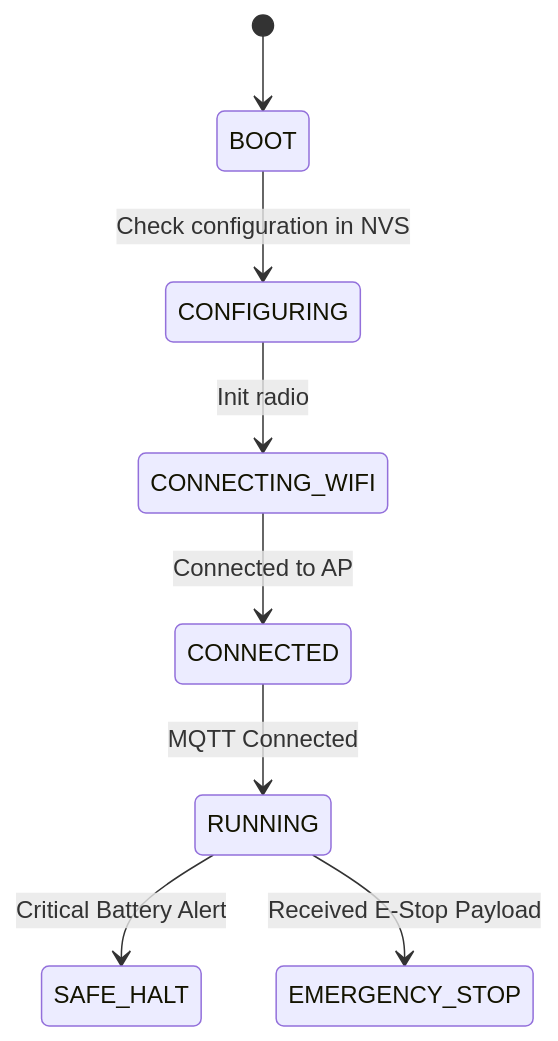
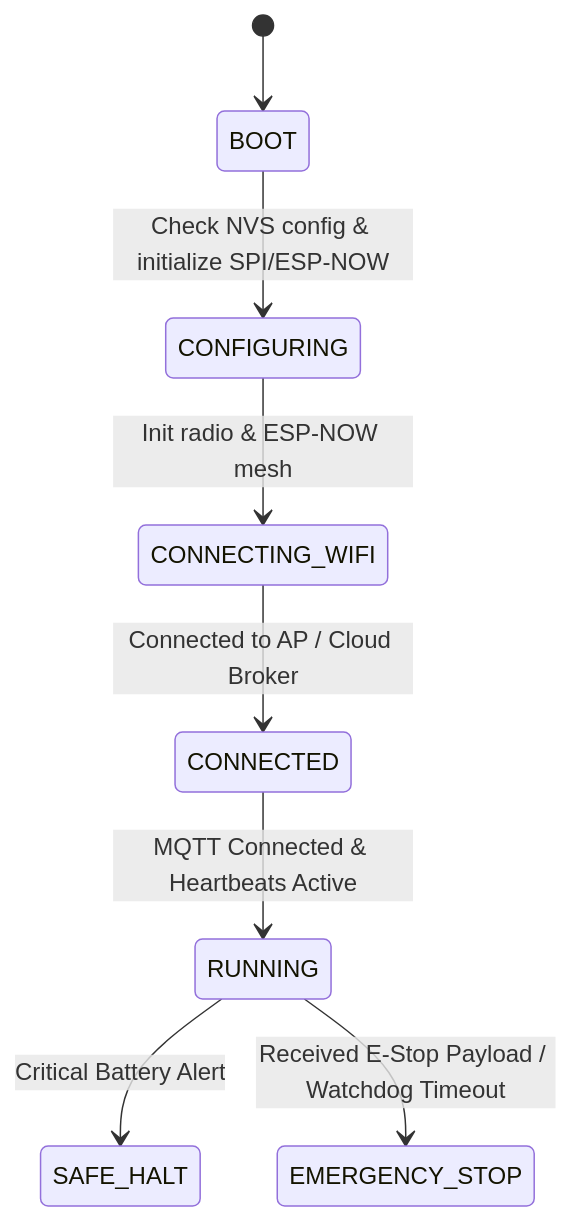
Before and after one commit to sakxam-xeetri/prayas: the diagram in main_site/docs/03_Hardware/Master_Node.md, drawn with Mermaid. The commit also changed other lines of this file and 12 other files, not shown here.

````diff
--- a/main_site/docs/03_Hardware/Master_Node.md
+++ b/main_site/docs/03_Hardware/Master_Node.md
@@ -22,10 +35,10 @@
 ```mermaid
 stateDiagram-v2
     [*] --> BOOT
-    BOOT --> CONFIGURING : Check configuration in NVS
-    CONFIGURING --> CONNECTING_WIFI : Init radio
-    CONNECTING_WIFI --> CONNECTED : Connected to AP
-    CONNECTED --> RUNNING : MQTT Connected
+    BOOT --> CONFIGURING : Check NVS config & initialize SPI/ESP-NOW
+    CONFIGURING --> CONNECTING_WIFI : Init radio & ESP-NOW mesh
+    CONNECTING_WIFI --> CONNECTED : Connected to AP / Cloud Broker
+    CONNECTED --> RUNNING : MQTT Connected & Heartbeats Active
     RUNNING --> SAFE_HALT : Critical Battery Alert
-    RUNNING --> EMERGENCY_STOP : Received E-Stop Payload
+    RUNNING --> EMERGENCY_STOP : Received E-Stop Payload / Watchdog Timeout
 ```
````
